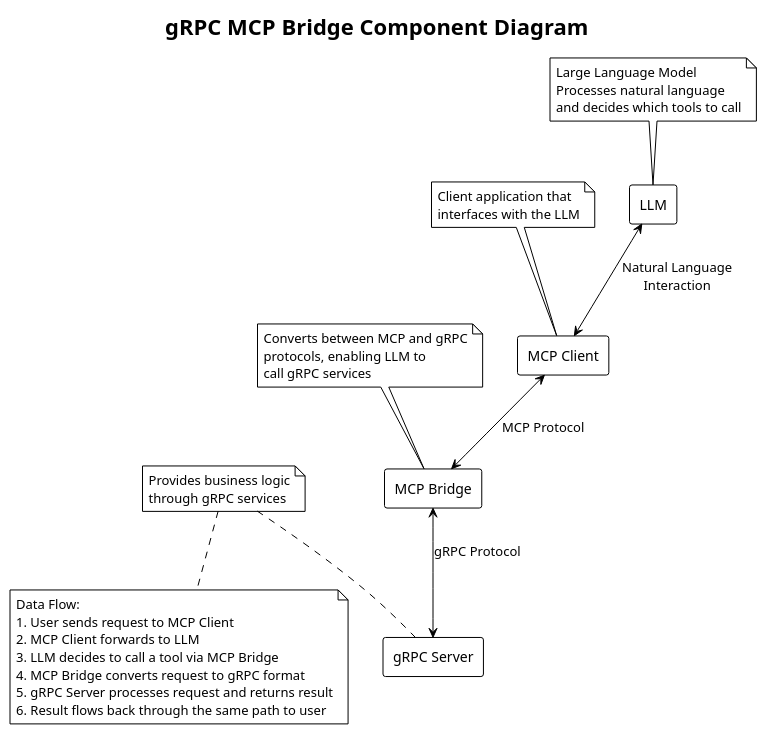
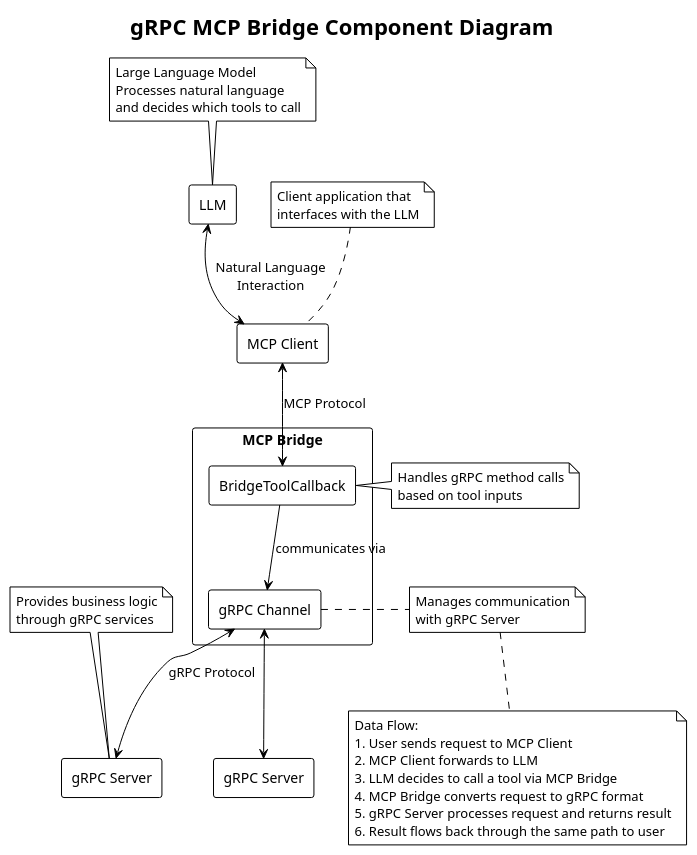
The diagram in uml/component-diagram.puml (MasterKun94/rpc-llm-bridge-java), drawn with PlantUML before and after one commit. The commit also changed 6 other files, not shown here.

Commit message:
Replace English PlantUML component diagram with enhanced multilingual diagrams (`component-diagram.puml` and `component-diagram-zh.puml`); update corresponding `README.md` and `README_EN.md` documentation; add new diagram images.

```diff
--- a/uml/component-diagram.puml
+++ b/uml/component-diagram.puml
@@ -1,52 +1,66 @@
 @startuml
 !theme plain
 skinparam componentStyle rectangle
+skinparam packageStyle rectangle
 
 title gRPC MCP Bridge Component Diagram
 
 ' Define components
 [LLM] as LLM
 [MCP Client] as McpClient
-[MCP Bridge] as McpBridge
-[gRPC Server] as GrpcServer
+[gRPC Server] as GrpcServer1
+[gRPC Server] as GrpcServer2
 
-' Define relationships
+' Define MCP Bridge with internal components
+package "MCP Bridge" as McpBridge {
+  [gRPC Channel] as GrpcChannel
+  [BridgeToolCallback] as ToolCallback
+
+  ' Internal relationships
+  ToolCallback --> GrpcChannel : "communicates via"
+}
+
+' Define external relationships
 LLM <--> McpClient : "Natural Language\nInteraction"
-McpClient <--> McpBridge : "MCP Protocol"
-McpBridge <--> GrpcServer : "gRPC Protocol"
+McpClient <--> ToolCallback : "MCP Protocol"
+GrpcChannel <--> GrpcServer1 : "gRPC Protocol"
+GrpcChannel <--> GrpcServer2
 
 ' Add notes
 note top of LLM
   Large Language Model
   Processes natural language
   and decides which tools to call
 end note
 
 note top of McpClient
   Client application that
   interfaces with the LLM
 end note
 
-note top of McpBridge
-  Converts between MCP and gRPC
-  protocols, enabling LLM to
-  call gRPC services
+note top of GrpcServer1
+  Provides business logic
+  through gRPC services
 end note
 
-note top of GrpcServer
-  Provides business logic
-  through gRPC services
+note right of ToolCallback
+  Handles gRPC method calls
+  based on tool inputs
+end note
+note right of GrpcChannel
+  Manages communication
+  with gRPC Server
 end note
 
 ' Add flow description
 note bottom
   Data Flow:
   1. User sends request to MCP Client
   2. MCP Client forwards to LLM
   3. LLM decides to call a tool via MCP Bridge
   4. MCP Bridge converts request to gRPC format
   5. gRPC Server processes request and returns result
   6. Result flows back through the same path to user
 end note
 
 @enduml
```
